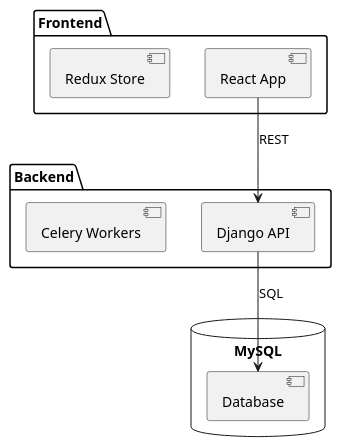
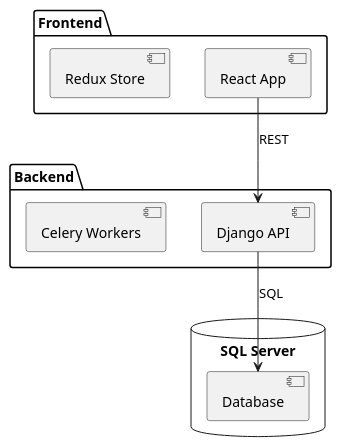
One commit to LUCASPY14/tita2026 changed diagram 12 of 19 in docs/COMPARATIVA_MERMAID_PLANTUML.md. Above: the diagram before and after it, drawn with PlantUML. The commit also changed other lines of this file and 15 other files, not shown here.

First line of the commit message:
docs(db): alinear documentación y diagramas a SQL Server titadb

````diff
--- a/docs/COMPARATIVA_MERMAID_PLANTUML.md
+++ b/docs/COMPARATIVA_MERMAID_PLANTUML.md
@@ -300,20 +300,20 @@
 ```plantuml
 @startuml
 package "Frontend" {
     [React App]
     [Redux Store]
 }
 
 package "Backend" {
     [Django API]
     [Celery Workers]
 }
 
-database "MySQL" {
+database "SQL Server" {
     [Database]
 }
 
 [React App] --> [Django API] : REST
 [Django API] --> [Database] : SQL
 @enduml
 ```
````
